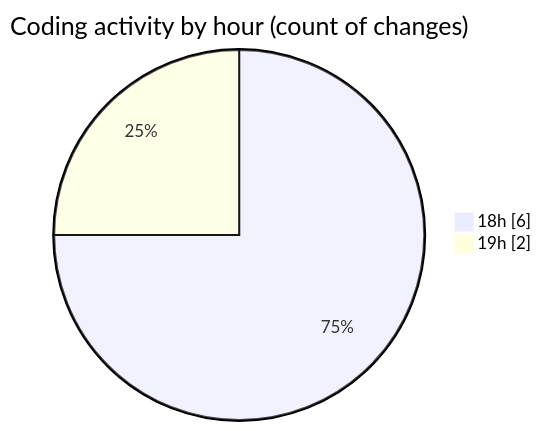
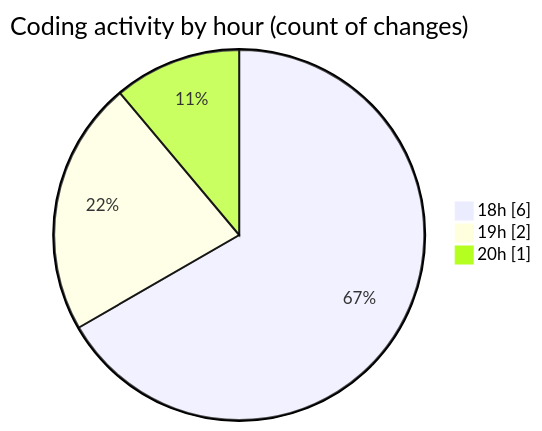
The second of 2 diagrams in 2025-08-10/transactions-new/README.md (EIIisD/code-tracking), drawn with Mermaid before and after one commit. The commit also changed other lines of this file and 1 other file, not shown here.

````diff
--- a/2025-08-10/transactions-new/README.md
+++ b/2025-08-10/transactions-new/README.md
@@ -29,6 +30,7 @@
 ```mermaid
 pie showData
 title Coding activity by hour (count of changes)
 "18h" : 6
 "19h" : 2
+"20h" : 1
 ```
````
